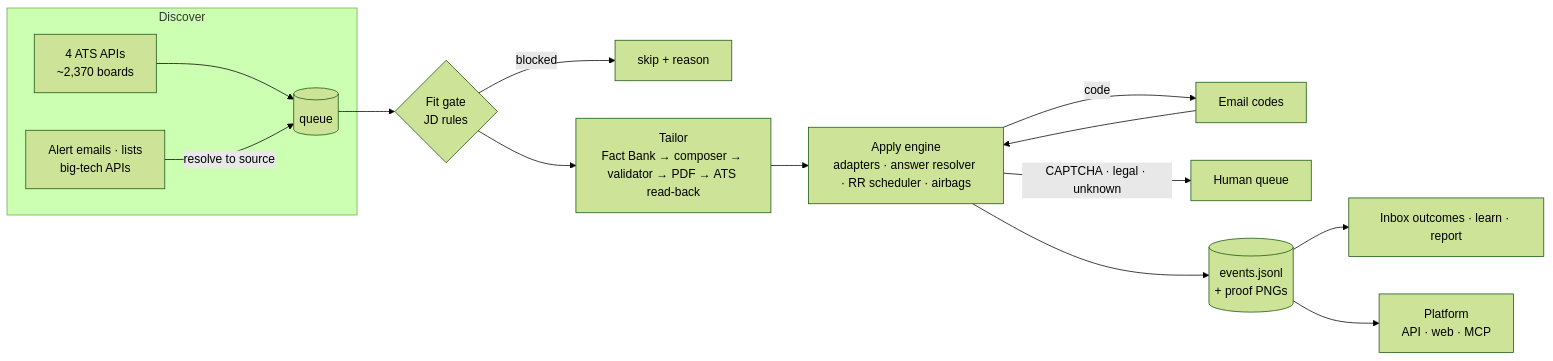
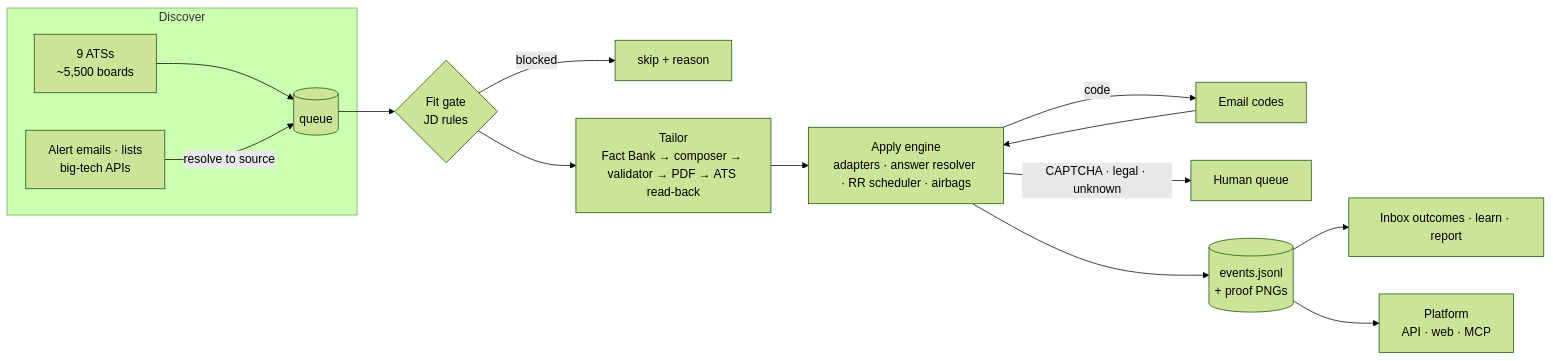
Before and after one commit to sameernagar-hub/regen-engine: the diagram in docs/wiki/Home.md, drawn with Mermaid (forest theme). The commit also changed other lines of this file and 15 other files, not shown here.

````diff
--- a/docs/wiki/Home.md
+++ b/docs/wiki/Home.md
@@ -23,17 +23,17 @@
 ```mermaid
 flowchart LR
     subgraph Discover
-      ATS[4 ATS APIs<br/>~2,370 boards] --> Q
+      ATS[9 ATSs<br/>~5,500 boards] --> Q
       AL[Alert emails · lists<br/>big-tech APIs] -->|resolve to source| Q[(queue)]
     end
     Q --> FG{Fit gate<br/>JD rules}
     FG -->|blocked| SK[skip + reason]
     FG --> TL[Tailor<br/>Fact Bank → composer → validator → PDF → ATS read-back]
     TL --> AP[Apply engine<br/>adapters · answer resolver · RR scheduler · airbags]
     AP -->|code| EC[Email codes]
     EC --> AP
     AP -->|CAPTCHA · legal · unknown| HQ[Human queue]
     AP --> EV[(events.jsonl<br/>+ proof PNGs)]
     EV --> OUT[Inbox outcomes · learn · report]
     EV --> PL[Platform<br/>API · web · MCP]
 ```
````
